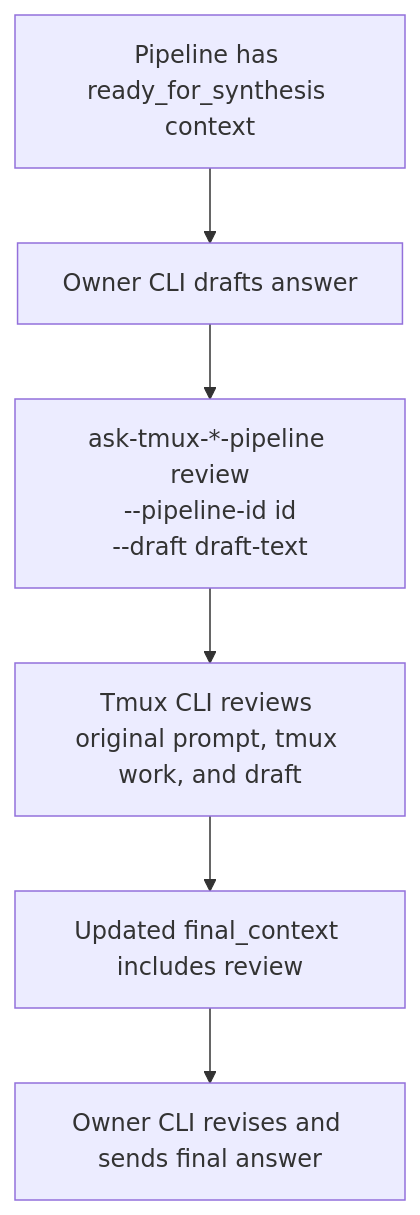
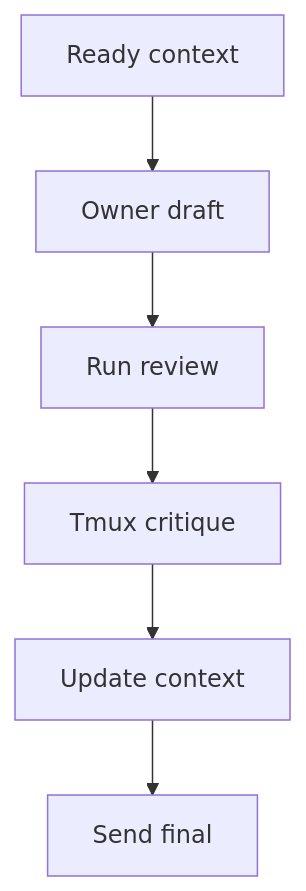
Before and after one commit to TrailblazerSR/ask-tmux-pipeline: the sixth of 7 diagrams in README.md, drawn with Mermaid. The commit also changed other lines of this file, not shown here.

First line of the commit message:
Make README flowcharts render without clipped labels

````diff
--- a/README.md
+++ b/README.md
@@ -174,8 +191,11 @@
 ```mermaid
 flowchart TD
-  A[Pipeline has ready_for_synthesis context] --> B[Owner CLI drafts answer]
-  B --> C[ask-tmux-*-pipeline review<br/>--pipeline-id id<br/>--draft draft-text]
-  C --> D[Tmux CLI reviews original prompt, tmux work, and draft]
-  D --> E[Updated final_context includes review]
-  E --> F[Owner CLI revises and sends final answer]
+    accTitle: Draft Review Flow
+    accDescr: Draft review flow where the owner CLI asks tmux Claude or Codex to critique a draft before the final answer is sent
+
+    ready_context[Ready context] --> owner_draft[Owner draft]
+    owner_draft --> run_review[Run review]
+    run_review --> tmux_critique[Tmux critique]
+    tmux_critique --> update_context[Update context]
+    update_context --> send_final[Send final]
 ```
````
